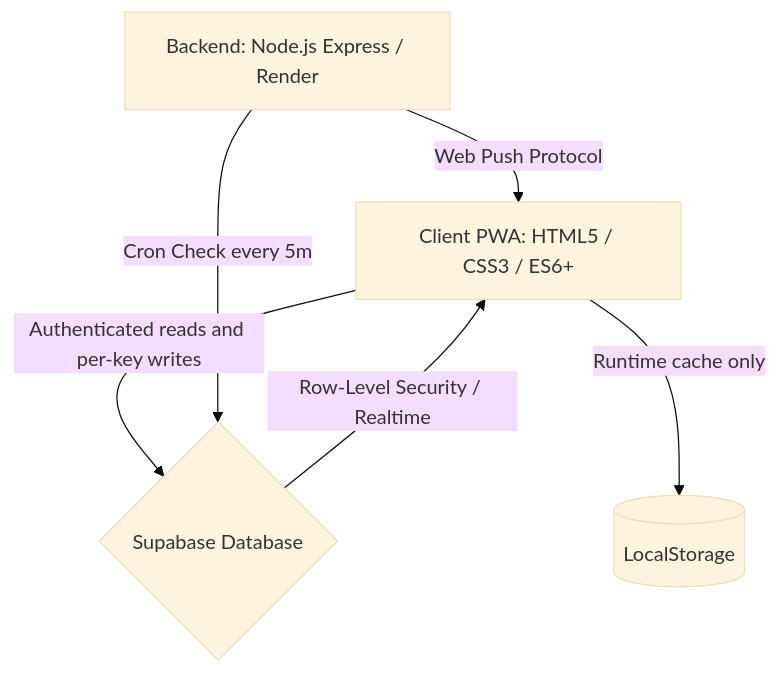
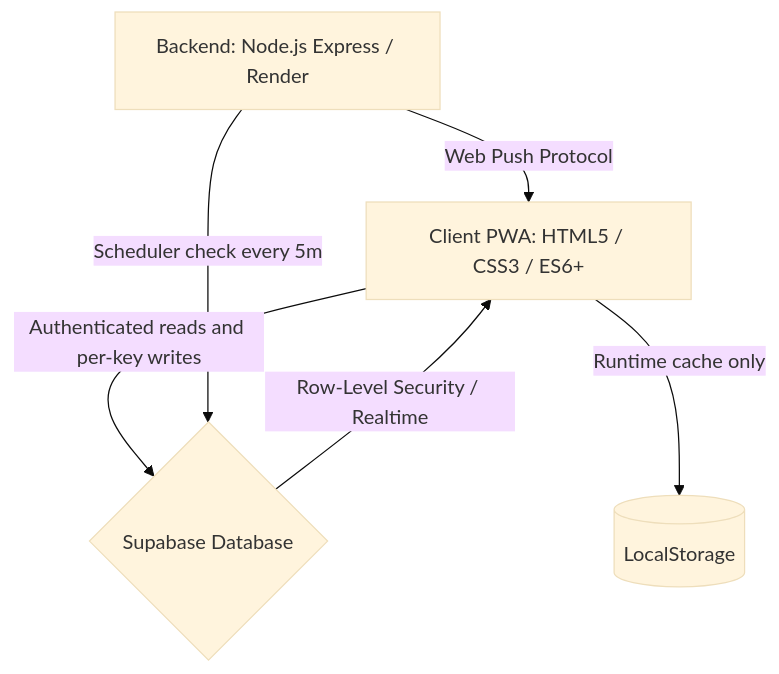
Before and after one commit to Fabriziococca/LifeCycle: the diagram in README.md, drawn with Mermaid (base theme). The commit also changed other lines of this file and 27 other files, not shown here.

````diff
--- a/README.md
+++ b/README.md
@@ -11,8 +11,8 @@
 ```mermaid
 graph TD
     Client[Client PWA: HTML5 / CSS3 / ES6+] -->|Authenticated reads and per-key writes| Supabase{Supabase Database}
     Supabase -->|Row-Level Security / Realtime| Client
     Client -->|Runtime cache only| LS[(LocalStorage)]
-    Server[Backend: Node.js Express / Render] -->|Cron Check every 5m| Supabase
+    Server[Backend: Node.js Express / Render] -->|Scheduler check every 5m| Supabase
     Server -->|Web Push Protocol| Client
 ```
````
